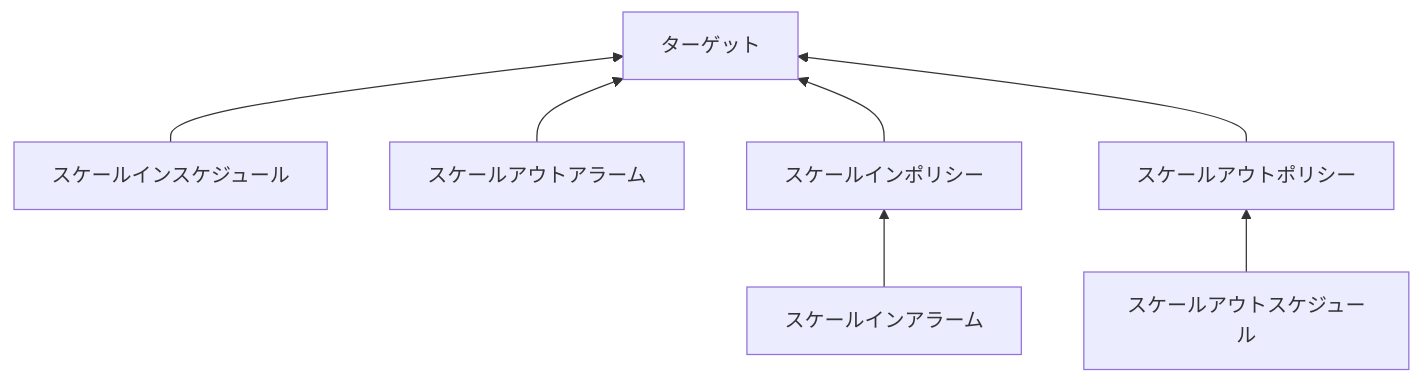
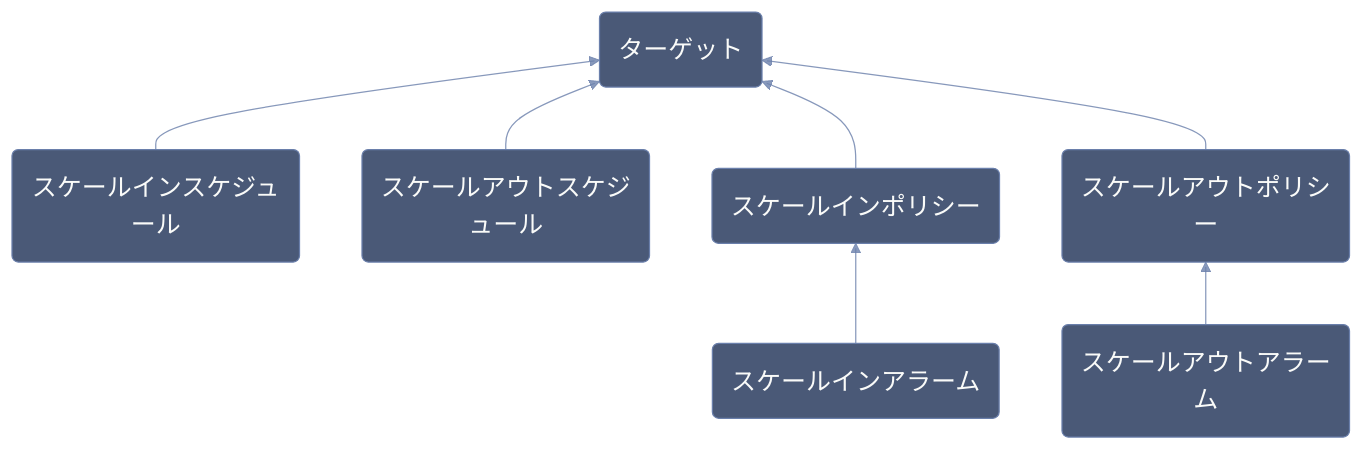
One commit to WeCapital-inc/WeCapital-inc.github.io changed the diagram in blog/2024/07/06/aws-application-auto-scaling.mdx. Above: the diagram before and after it, drawn with Mermaid. The commit also changed 1 other file, not shown here.

Commit message:
add 2024/07/17

````diff
--- a/blog/2024/07/06/aws-application-auto-scaling.mdx
+++ b/blog/2024/07/06/aws-application-auto-scaling.mdx
@@ -60,9 +60,11 @@
 ```mermaid
+%%{init:{'theme':'base','themeVariables':{'primaryColor':'#4a5977','primaryTextColor':'#FAFBF9','primaryBorderColor':'#6A7FAB','lineColor':'#6A7FABCC','textColor':'#6A7FABCC','fontSize':'20px'}}}%%
+
 flowchart BT
-    スケールインスケジュール --> ターゲット
-    スケールアウトアラーム --> ターゲット
-    スケールアウトスケジュール  --> スケールアウトポリシー
-    スケールインアラーム --> スケールインポリシー
-    スケールインポリシー --> ターゲット
-    スケールアウトポリシー --> ターゲット
+    sis(スケールインスケジュール) --> t(ターゲット)
+    sos(スケールアウトスケジュール) --> t(ターゲット)
+    soa(スケールアウトアラーム) --> sop(スケールアウトポリシー)
+    sia(スケールインアラーム) --> sip(スケールインポリシー)
+    sip(スケールインポリシー) --> t(ターゲット)
+    sop(スケールアウトポリシー) --> t(ターゲット)
 ```
````
